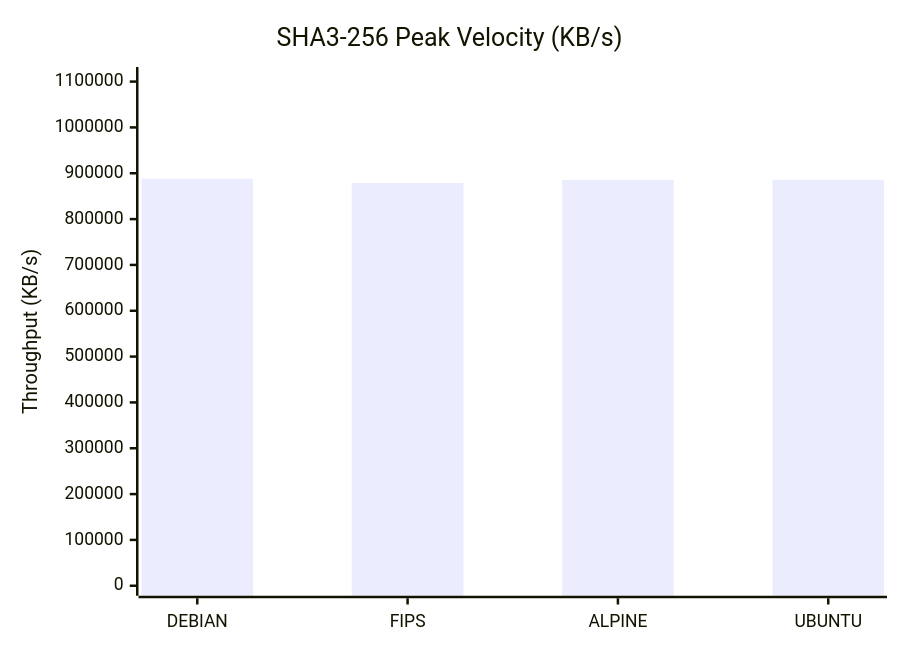
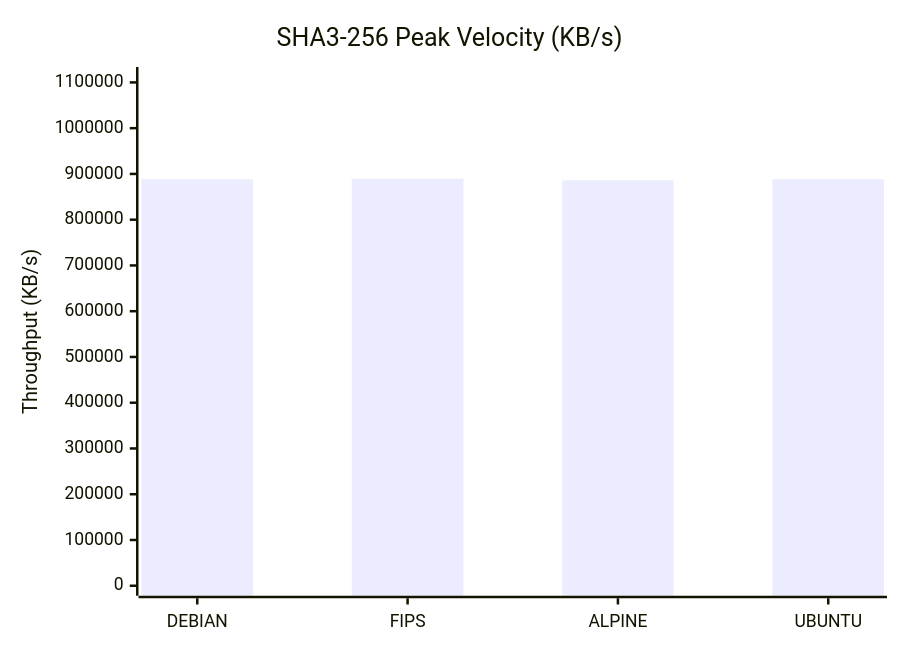
The third of 9 diagrams in docs/Comparison_Report.md (taha2samy/openssl_fips), drawn with Mermaid before and after one commit. The commit also changed other lines of this file and 2 other files, not shown here.

````diff
--- a/docs/Comparison_Report.md
+++ b/docs/Comparison_Report.md
@@ -74,7 +74,7 @@
 ```mermaid
 xychart-beta
     title "SHA3-256 Peak Velocity (KB/s)"
     x-axis [DEBIAN, FIPS, ALPINE, UBUNTU]
-    y-axis "Throughput (KB/s)" 0 --> 1110026
-    bar [888020.99, 878755.84, 885702.66, 885747.49]
+    y-axis "Throughput (KB/s)" 0 --> 1111828
+    bar [888119.3, 889462.78, 886013.95, 888496.13]
 ```
````
